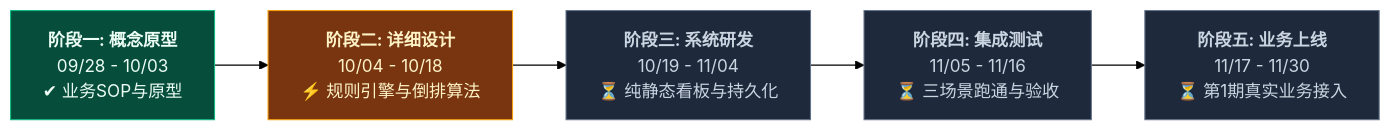
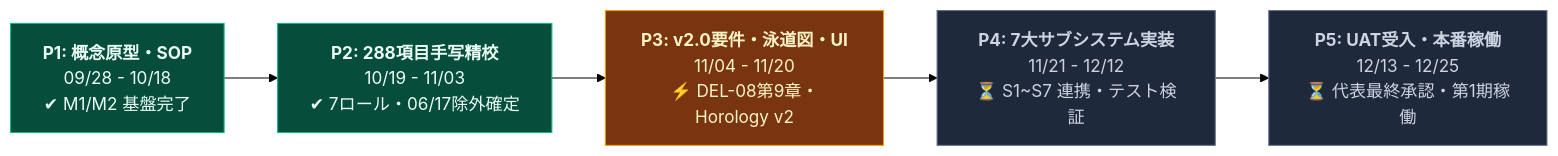
The diagram in docs/04_project_schedule.md (QQDDTT/Vanguard-Sentis), drawn with Mermaid (forest theme) before and after one commit. The commit also changed other lines of this file and 54 other files, not shown here.

````diff
--- a/docs/04_project_schedule.md
+++ b/docs/04_project_schedule.md
@@ -15,11 +15,11 @@
 ```mermaid
 graph LR
     classDef done fill:#064e3b,stroke:#10b981,color:#ecfdf5;
     classDef active fill:#78350f,stroke:#f59e0b,color:#fef3c7;
     classDef todo fill:#1e293b,stroke:#64748b,color:#cbd5e1;
 
-    M1["<b>阶段一: 概念原型</b><br/>09/28 - 10/03<br/>✔ 业务SOP与原型"]:::done --> M2["<b>阶段二: 详细设计</b><br/>10/04 - 10/18<br/>⚡ 规则引擎与倒排算法"]:::active
-    M2 --> M3["<b>阶段三: 系统研发</b><br/>10/19 - 11/04<br/>⏳ 纯静态看板与持久化"]:::todo
-    M3 --> M4["<b>阶段四: 集成测试</b><br/>11/05 - 11/16<br/>⏳ 三场景跑通与验收"]:::todo
-    M4 --> M5["<b>阶段五: 业务上线</b><br/>11/17 - 11/30<br/>⏳ 第1期真实业务接入"]:::todo
+    P1["<b>P1: 概念原型・SOP</b><br/>09/28 - 10/18<br/>✔ M1/M2 基盤完了"]:::done --> P2["<b>P2: 288項目手写精校</b><br/>10/19 - 11/03<br/>✔ 7ロール・06/17除外確定"]:::done
+    P2 --> P3["<b>P3: v2.0要件・泳道図・UI</b><br/>11/04 - 11/20<br/>⚡ DEL-08第9章・Horology v2"]:::active
+    P3 --> P4["<b>P4: 7大サブシステム実装</b><br/>11/21 - 12/12<br/>⏳ S1~S7 連携・テスト検証"]:::todo
+    P4 --> P5["<b>P5: UAT受入・本番稼働</b><br/>12/13 - 12/25<br/>⏳ 代表最終承認・第1期稼働"]:::todo
 ```
````
